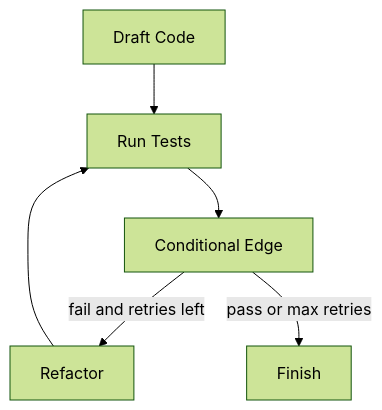
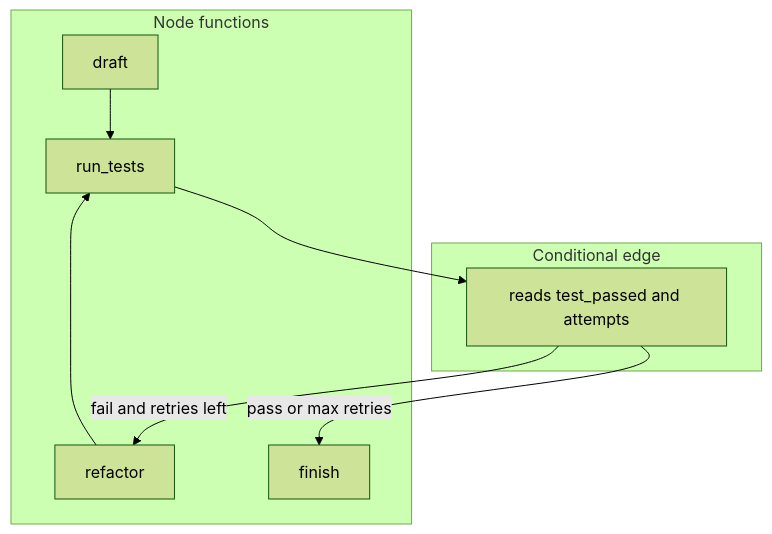
The diagram in education/06_the_workflow/01_graph_workflows.md (jacobbweber/AgenticAI-Labs), drawn with Mermaid (forest theme) before and after one commit. The commit also changed other lines of this file, not shown here.

Commit message:
Rewrite 06 graph workflows module to the chapter template

````diff
--- a/education/06_the_workflow/01_graph_workflows.md
+++ b/education/06_the_workflow/01_graph_workflows.md
@@ -29,8 +41,17 @@
 ```mermaid
 flowchart TD
-    A["Draft Code"] --> B["Run Tests"]
-    B --> C["Conditional Edge"]
-    C -->|fail and retries left| D["Refactor"]
-    D --> B
-    C -->|pass or max retries| E["Finish"]
+    subgraph graph_nodes [Node functions]
+        DRAFT["draft"]
+        TEST["run_tests"]
+        REF["refactor"]
+        DONE["finish"]
+    end
+    subgraph graph_edge [Conditional edge]
+        EDGE["reads test_passed and attempts"]
+    end
+    DRAFT --> TEST
+    TEST --> EDGE
+    EDGE -->|"fail and retries left"| REF
+    REF --> TEST
+    EDGE -->|"pass or max retries"| DONE
 ```
````
